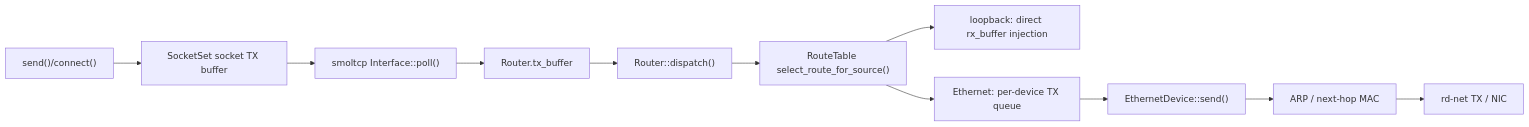
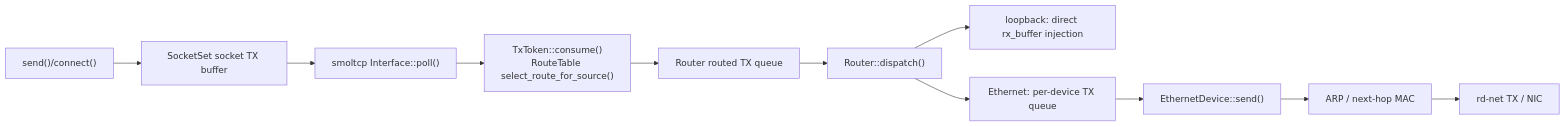
Before and after one commit to rcore-os/tgoskits: the fifth of 5 diagrams in docs/docs/architecture/net/architecture.md, drawn with Mermaid. The commit also changed other lines of this file and 19 other files, not shown here.

Commit message:
refactor(ax-net): precompute TX route in TxToken, add route cache, DHCP failure recovery, and return AxError from init_network (#1353)

````diff
--- a/docs/docs/architecture/net/architecture.md
+++ b/docs/docs/architecture/net/architecture.md
@@ -321,13 +321,13 @@
 ```mermaid
 flowchart LR
     App["send()/connect()"] --> Sock["SocketSet socket TX buffer"]
     Sock --> Smol["smoltcp Interface::poll()"]
-    Smol --> TxBuf["Router.tx_buffer"]
-    TxBuf --> Dispatch["Router::dispatch()"]
-    Dispatch --> Route["RouteTable select_route_for_source()"]
-    Route --> Loop["loopback: direct rx_buffer injection"]
-    Route --> TxQ["Ethernet: per-device TX queue"]
+    Smol --> TxToken["TxToken::consume()<br/>RouteTable select_route_for_source()"]
+    TxToken --> TxQ0["Router routed TX queue"]
+    TxQ0 --> Dispatch["Router::dispatch()"]
+    Dispatch --> Loop["loopback: direct rx_buffer injection"]
+    Dispatch --> TxQ["Ethernet: per-device TX queue"]
     TxQ --> Eth["EthernetDevice::send()"]
     Eth --> Arp["ARP / next-hop MAC"]
     Arp --> Hw["rd-net TX / NIC"]
 ```
````
